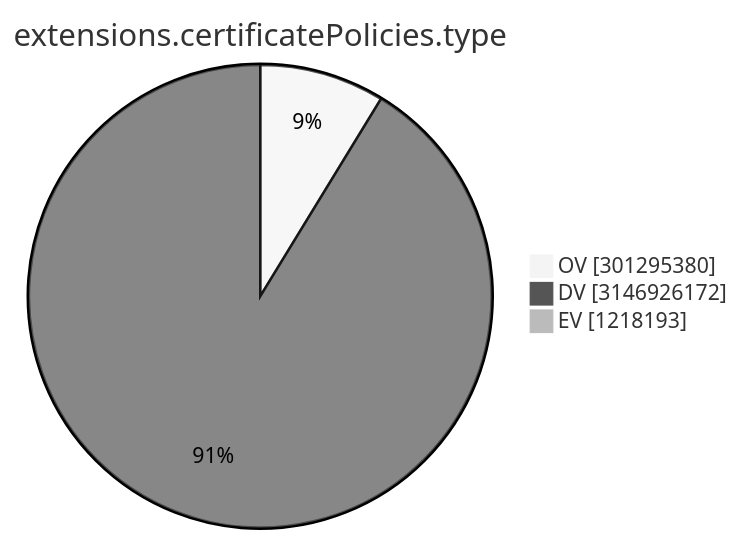
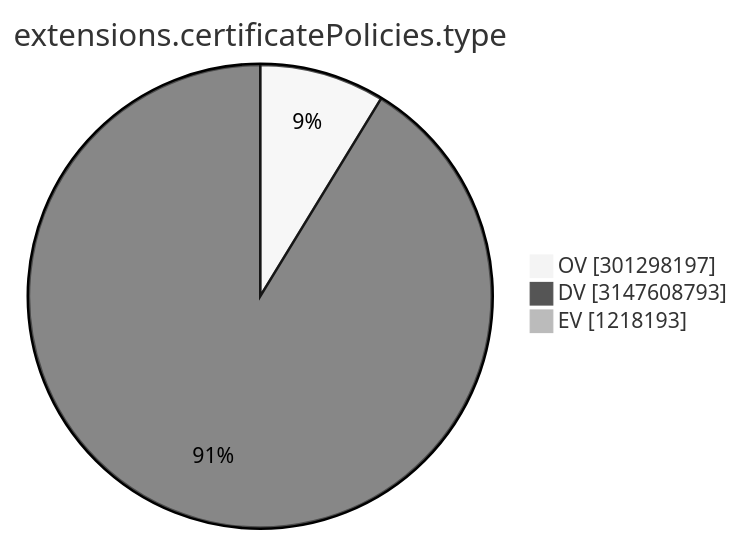
The ninth of 15 diagrams in TOTAL/README.md (christiankrug/ctmonitor_visualization), drawn with Mermaid (neutral theme) before and after one commit. The commit also changed other lines of this file, not shown here.

````diff
--- a/TOTAL/README.md
+++ b/TOTAL/README.md
@@ -3105,7 +3105,7 @@
 ```mermaid
 pie showData
 title extensions.certificatePolicies.type
-"OV" :301295380
-"DV" :3146926172
+"OV" :301298197
+"DV" :3147608793
 "EV" :1218193
 ```
````
